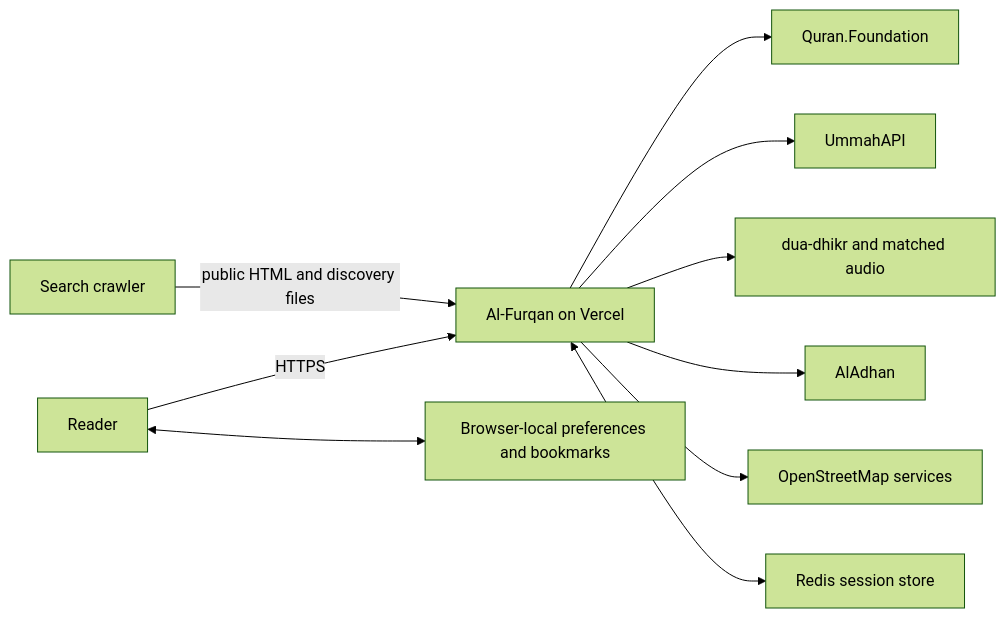
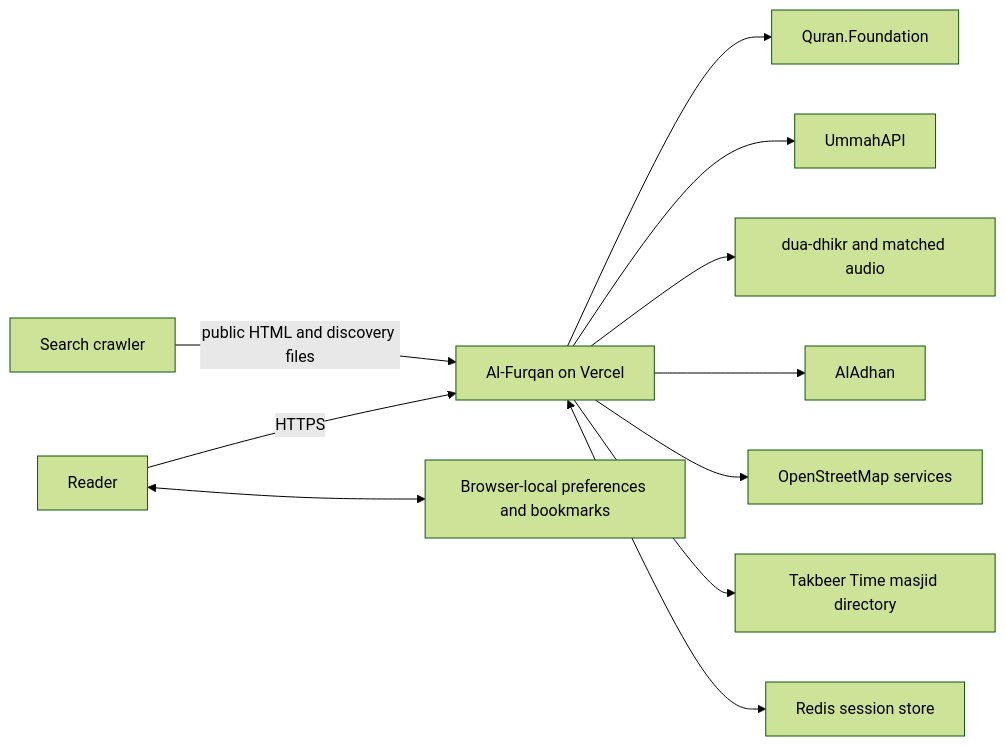
Before and after one commit to masudevops/al-furqan: the first of 4 diagrams in docs/ARCHITECTURE.md, drawn with Mermaid (forest theme). The commit also changed 8 other files, not shown here.

````diff
--- a/docs/ARCHITECTURE.md
+++ b/docs/ARCHITECTURE.md
@@ -7,12 +7,13 @@
 ```mermaid
 flowchart LR
   User["Reader"] -->|"HTTPS"| App["Al-Furqan on Vercel"]
   Crawler["Search crawler"] -->|"public HTML and discovery files"| App
   App --> QF["Quran.Foundation"]
   App --> UA["UmmahAPI"]
   App --> DD["dua-dhikr and matched audio"]
   App --> AA["AlAdhan"]
   App --> OSM["OpenStreetMap services"]
+  App --> Takbeer["Takbeer Time masjid directory"]
   App <--> Redis["Redis session store"]
   User <--> Local["Browser-local preferences and bookmarks"]
 ```
````
